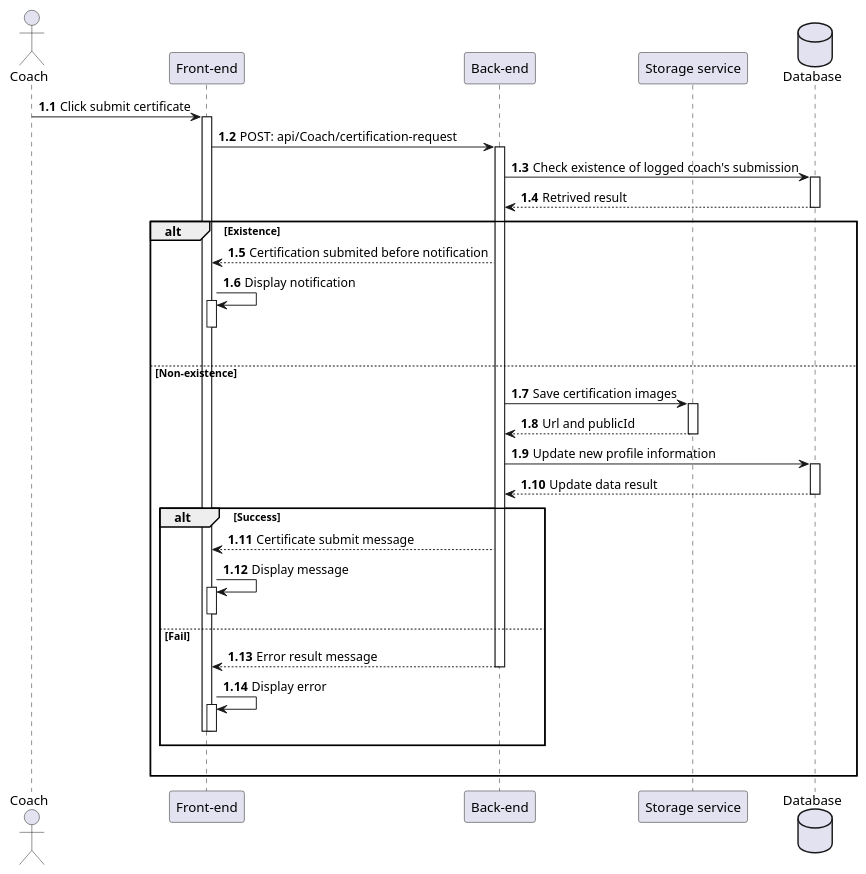
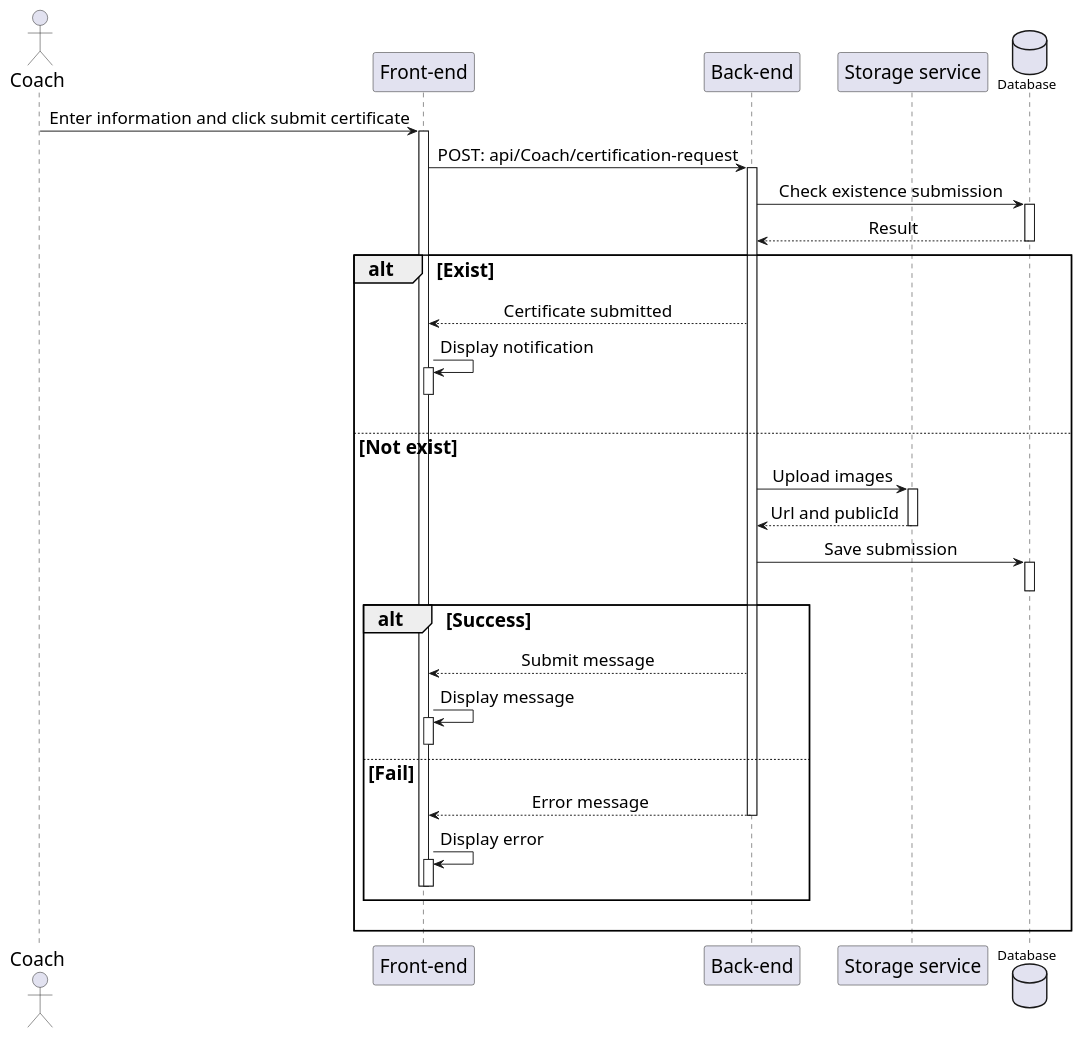
Before and after one commit to HTPhong-276/iCoaching-Diagrams: the diagram in Sequences_diagrams/CertificationSubmission.pu, drawn with PlantUML. The commit also changed 75 other files, not shown here.

Commit message:
Update Sequences_diagrams

```diff
--- a/Sequences_diagrams/CertificationSubmission.pu
+++ b/Sequences_diagrams/CertificationSubmission.pu
@@ -1,45 +1,51 @@
-@startuml CertificationSubmit
+@startuml CertificateSubmission
+skinparam sequenceMessageAlign center
+skinparam sequenceGroupFontSize 20
+skinparam sequenceGroupHeaderFontSize 20
+skinparam sequence {
+    ParticipantFontSize 20
+    ActorFontSize 20
+    DatabaseFontSize 20
+    ArrowFontSize 18
+} 
 actor Coach as user
 participant "Front-end" as client
 participant "Back-end" as server 
 participant "Storage service" as imgCloud
 database "Database" as db
 
-autonumber 1.1 "<b>0:"
-
-user -> client++ : Click submit certificate
+user -> client++ :Enter information and click submit certificate
 client -> server++ : POST: api/Coach/certification-request
-server -> db++ : Check existence of logged coach's submission
-db --> server : Retrived result
+server -> db++ : Check existence submission
+db --> server : Result
 deactivate db
 
-alt Existence
-    server --> client : Certification submited before notification
+alt Exist
+    server --> client : Certificate submitted
     client -> client++ : Display notification
     deactivate client 
     |||
-else Non-existence
+else Not exist
 
-    server -> imgCloud++ : Save certification images
+    server -> imgCloud++ : Upload images
     imgCloud --> server : Url and publicId
     deactivate imgCloud
 
-    server -> db++ : Update new profile information
-    db --> server : Update data result
+    server -> db++ : Save submission
     deactivate db
 
     alt Success
-        server --> client : Certificate submit message
+        server --> client : Submit message
         client -> client++ : Display message
         deactivate client
     else Fail
-        server --> client : Error result message
+        server --> client : Error message
         deactivate server
         client -> client++ : Display error
         deactivate client
         deactivate client
     end
 
     |||
 end 
 @enduml
```
